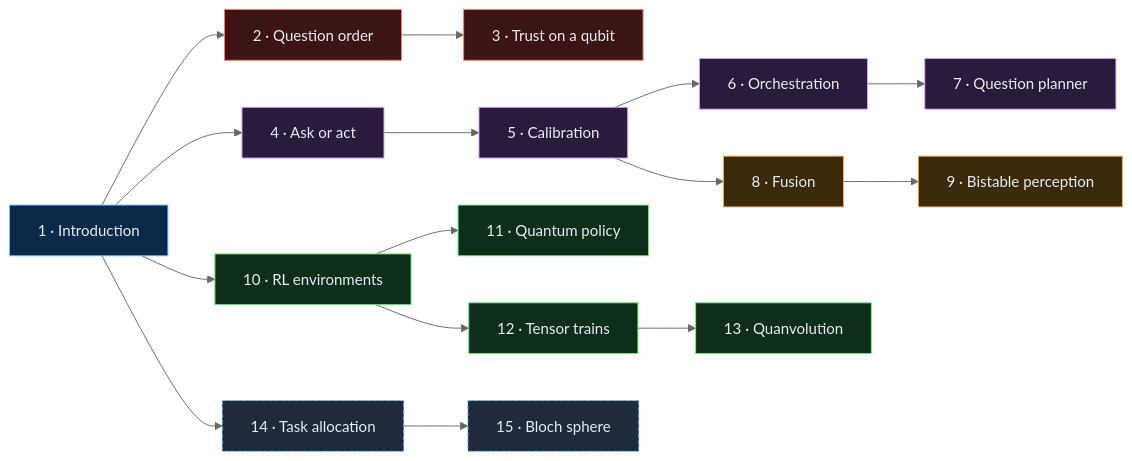
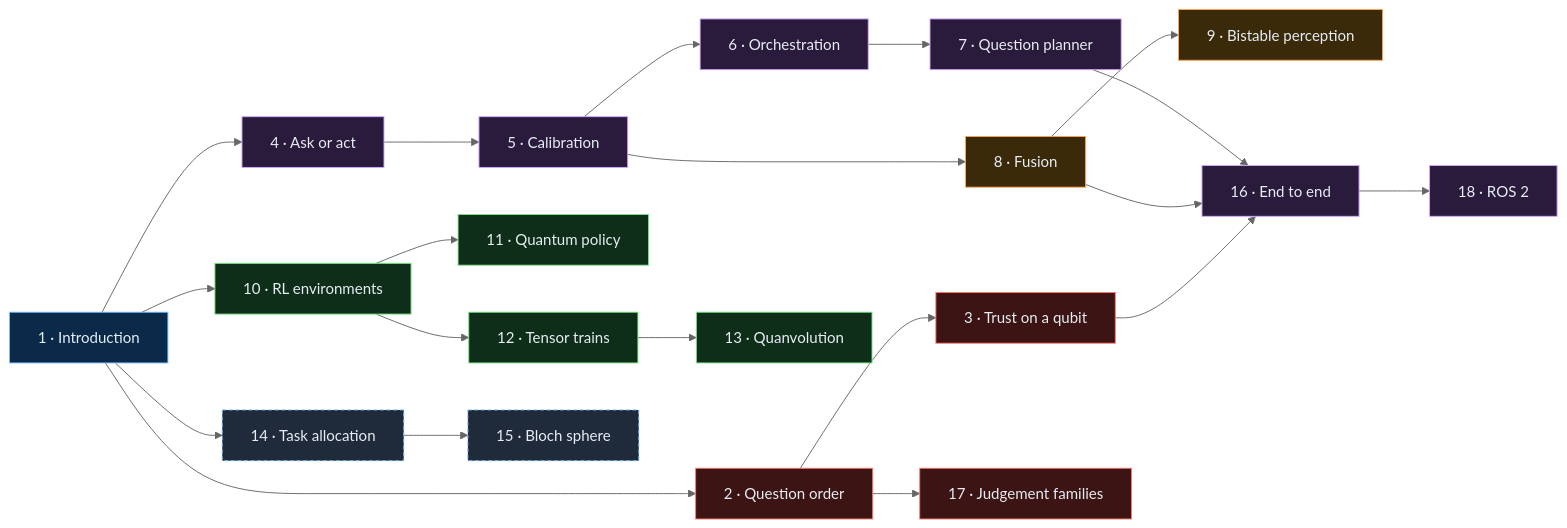
The diagram in docs/tutorials/index.md (yeshwanthguru/Quantum-mind), drawn with Mermaid (neutral theme) before and after one commit. The commit also changed other lines of this file and 128 other files, not shown here.

````diff
--- a/docs/tutorials/index.md
+++ b/docs/tutorials/index.md
@@ -12,15 +12,21 @@
 ```{mermaid}
 flowchart LR
+    accTitle: Reading order of the tutorials
+    accDescr: The introduction leads to five tracks: models of people (2, 3, 17), the robot decision layer (4 to 7, then 16 and 18), perception (8, 9), learning (10 to 13) and quantum computing (14, 15).
     T1["1 · Introduction"]:::a --> T2["2 · Question order"]:::h --> T3["3 · Trust on a qubit"]:::h
     T1 --> T4["4 · Ask or act"]:::r --> T5["5 · Calibration"]:::r --> T6["6 · Orchestration"]:::r --> T7["7 · Question planner"]:::r
     T5 --> T8["8 · Fusion"]:::p --> T9["9 · Bistable perception"]:::p
     T1 --> T10["10 · RL environments"]:::l --> T11["11 · Quantum policy"]:::l
     T10 --> T12["12 · Tensor trains"]:::l --> T13["13 · Quanvolution"]:::l
     T1 --> T14["14 · Task allocation"]:::q --> T15["15 · Bloch sphere"]:::q
+    T2 --> T17["17 · Judgement families"]:::h
+    T7 --> T16["16 · End to end"]:::r
+    T8 --> T16
+    T3 --> T16 --> T18["18 · ROS 2"]:::r
     classDef a fill:#0b2a4a,stroke:#79c0ff,color:#e6edf3
     classDef h fill:#3d1414,stroke:#ff7b72,color:#e6edf3
     classDef r fill:#2a1b3d,stroke:#d2a8ff,color:#e6edf3
     classDef p fill:#3a2a0a,stroke:#ffa657,color:#e6edf3
     classDef l fill:#0f2e1a,stroke:#7ee787,color:#e6edf3
     classDef q fill:#1f2a3a,stroke:#79c0ff,color:#e6edf3,stroke-dasharray:4 3
 ```
````
